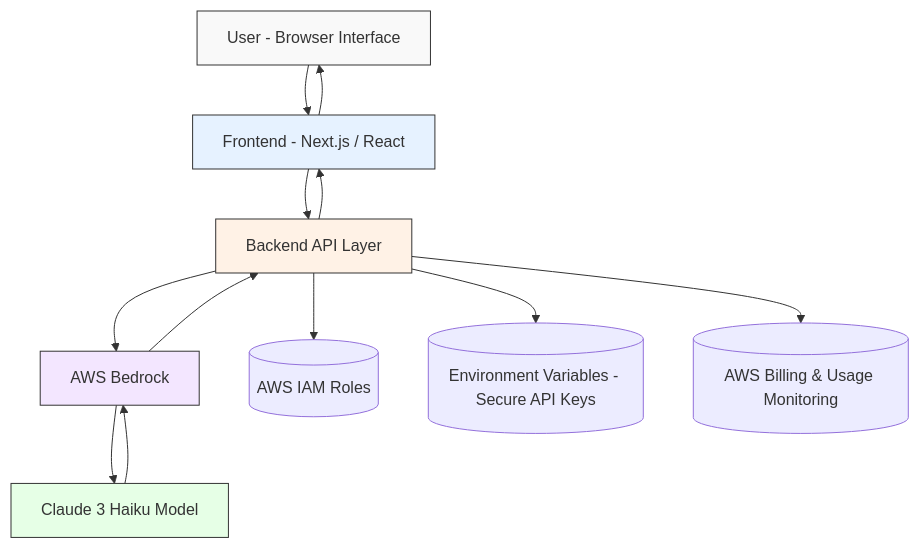
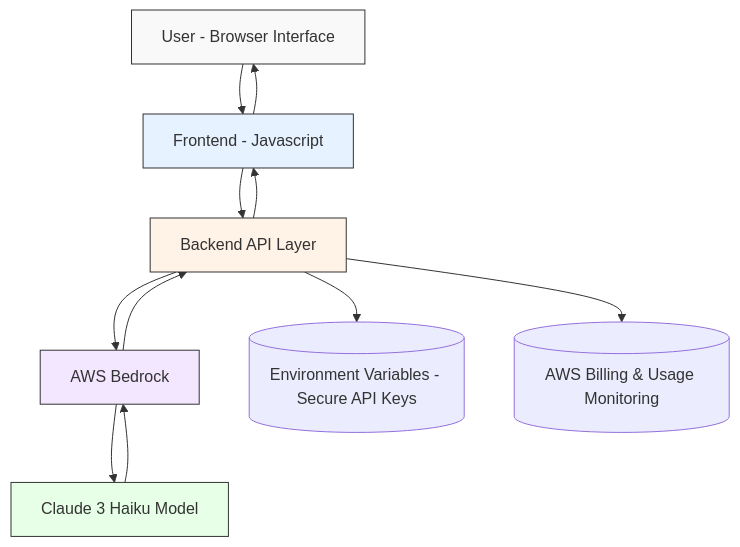
Before and after one commit to ansariheshamraza/RachnaX-AI: the diagram in README.md, drawn with Mermaid.

````diff
--- a/README.md
+++ b/README.md
@@ -54,25 +54,25 @@
 ```mermaid
 flowchart TD
 
-    A[User - Browser Interface] --> B[Frontend - Next.js / React]
+    A[User - Browser Interface] --> B[Frontend - Javascript]
 
     B --> C[Backend API Layer]
 
     C --> D[AWS Bedrock]
     D --> E[Claude 3 Haiku Model]
 
     E --> D
     D --> C
     C --> B
     B --> A
 
-    C --> F[(AWS IAM Roles)]
+    
     C --> G[(Environment Variables - Secure API Keys)]
     C --> H[(AWS Billing & Usage Monitoring)]
 
     style A fill:#f9f9f9,stroke:#333
     style B fill:#e6f2ff,stroke:#333
     style C fill:#fff2e6,stroke:#333
     style D fill:#f3e6ff,stroke:#333
     style E fill:#e6ffe6,stroke:#333
 ```
````
